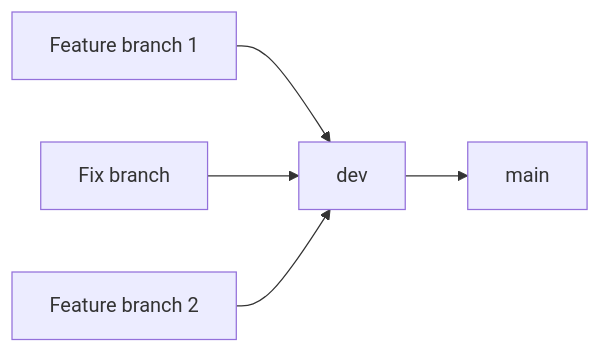
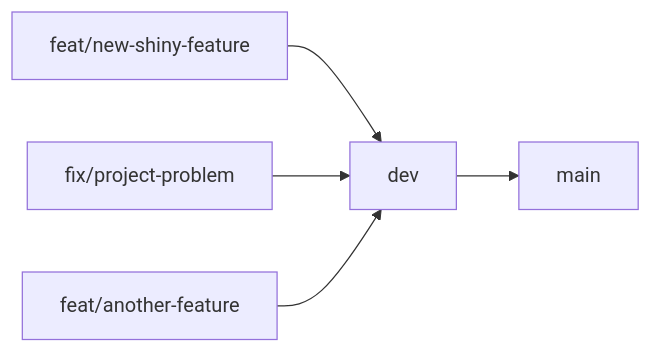
Before and after one commit to RSE-Sheffield/RSEAdmin: the diagram in README.md, drawn with Mermaid.

Commit message:
chore: graph names

````diff
--- a/README.md
+++ b/README.md
@@ -28,8 +28,8 @@
 ```mermaid
 graph LR
 
-fb1[Feature branch 1] --> dev
-fixb1[Fix branch] --> dev
-fb2[Feature branch 2] --> dev
+fb1[feat/new-shiny-feature] --> dev
+fixb1[fix/project-problem] --> dev
+fb2[feat/another-feature] --> dev
 dev --> main
 ```
````
